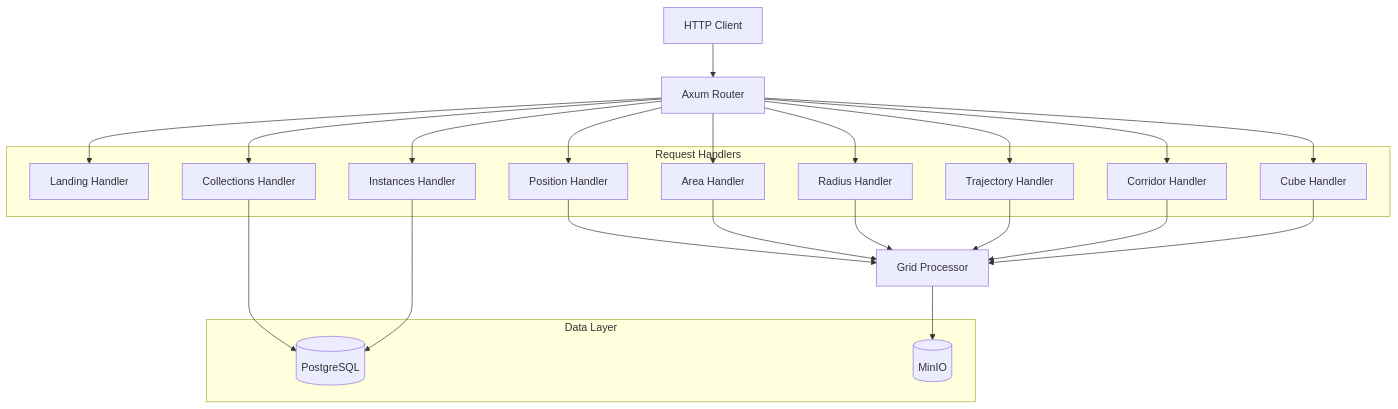
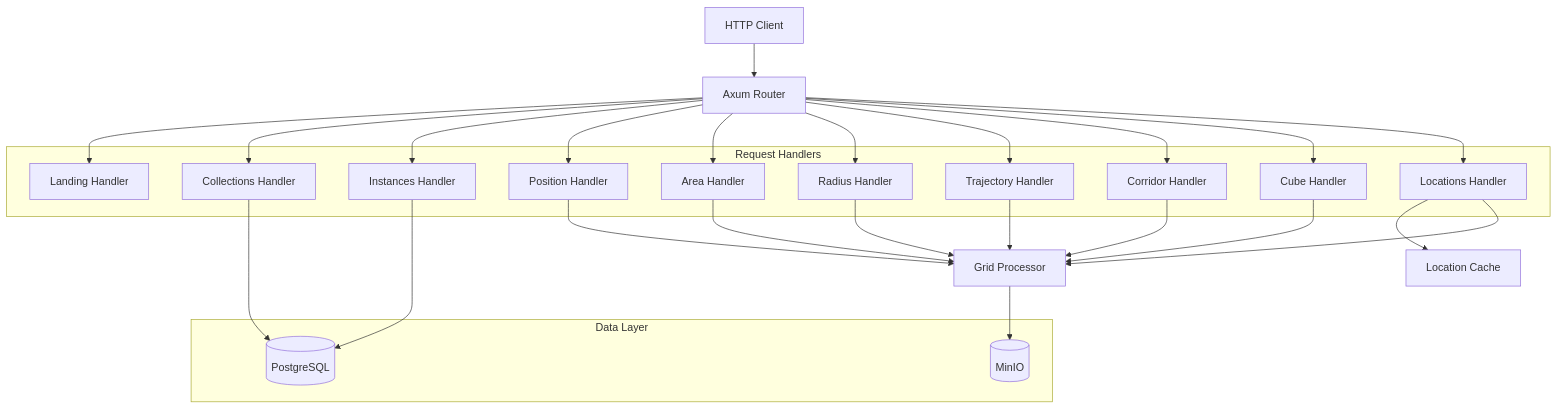
Before and after one commit to JoegottabeGitenme/JoeGCServices: the diagram in docs/src/services/edr-api.md, drawn with Mermaid. The commit also changed other lines of this file and 8 other files, not shown here.

````diff
--- a/docs/src/services/edr-api.md
+++ b/docs/src/services/edr-api.md
@@ -24,45 +25,50 @@
 ```mermaid
 graph TB
     Client["HTTP Client"]
     Router["Axum Router"]
     
     subgraph Handlers["Request Handlers"]
         Landing["Landing Handler"]
         Collections["Collections Handler"]
         Instances["Instances Handler"]
         Position["Position Handler"]
         Area["Area Handler"]
         Radius["Radius Handler"]
         Trajectory["Trajectory Handler"]
         Corridor["Corridor Handler"]
         Cube["Cube Handler"]
+        Locations["Locations Handler"]
     end
     
     subgraph Data["Data Layer"]
         PG[("PostgreSQL")]
         MINIO[("MinIO")]
     end
     
     GridProc["Grid Processor"]
+    LocCache["Location Cache"]
     
     Client --> Router
     Router --> Landing
     Router --> Collections
     Router --> Instances
     Router --> Position
     Router --> Area
     Router --> Radius
     Router --> Trajectory
     Router --> Corridor
     Router --> Cube
+    Router --> Locations
     
     Collections --> PG
     Instances --> PG
     Position --> GridProc
     Area --> GridProc
     Radius --> GridProc
     Trajectory --> GridProc
     Corridor --> GridProc
     Cube --> GridProc
+    Locations --> LocCache
+    Locations --> GridProc
     GridProc --> MINIO
 ```
````
